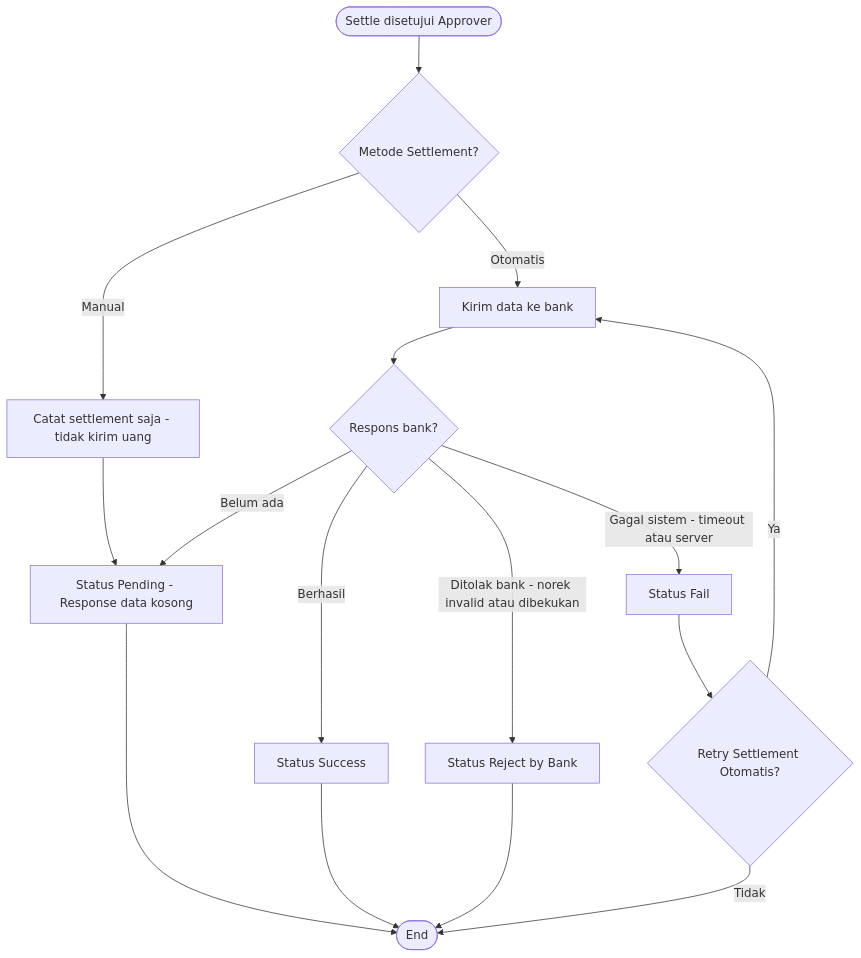
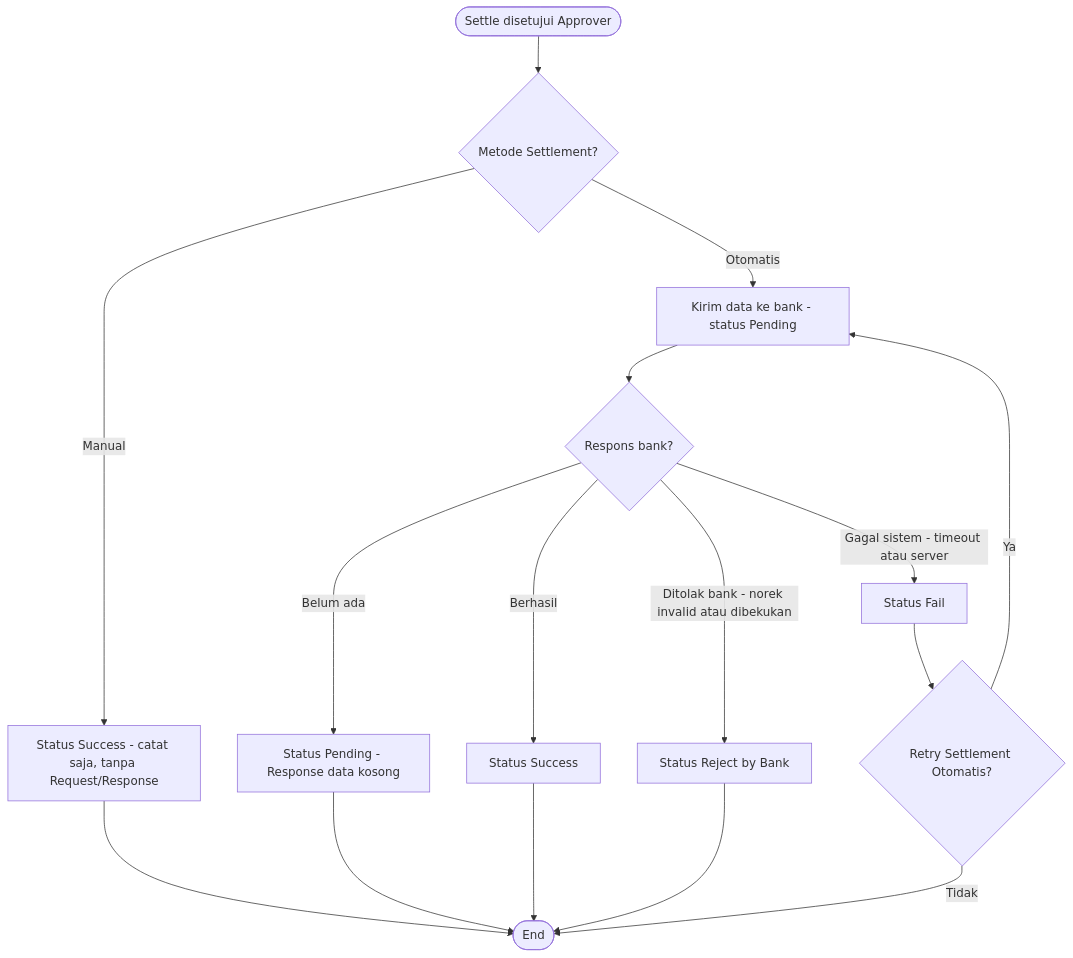
The sixth of 9 diagrams in FLOW-AUTO-SETTLEMENT.md (paydia-product/mockup-auto-recon), drawn with Mermaid before and after one commit. The commit also changed other lines of this file and 4 other files, not shown here.

First line of the commit message:
Docs: align Auto Settlement flow + Panduan with Manual->Success behavior

````diff
--- a/FLOW-AUTO-SETTLEMENT.md
+++ b/FLOW-AUTO-SETTLEMENT.md
@@ -200,18 +200,18 @@
 ```mermaid
 flowchart TD
     A([Settle disetujui Approver]) --> B{Metode Settlement?}
-    B -->|Manual| M[Catat settlement saja - tidak kirim uang]
-    B -->|Otomatis| K[Kirim data ke bank]
-    M --> P[Status Pending - Response data kosong]
+    B -->|Manual| M[Status Success - catat saja, tanpa Request/Response]
+    B -->|Otomatis| K[Kirim data ke bank - status Pending]
+    M --> Z([End])
     K --> C{Respons bank?}
-    C -->|Belum ada| P
+    C -->|Belum ada| P[Status Pending - Response data kosong]
     C -->|Berhasil| SU[Status Success]
     C -->|Gagal sistem - timeout atau server| FA[Status Fail]
     C -->|Ditolak bank - norek invalid atau dibekukan| RB[Status Reject by Bank]
-    P --> Z([End])
+    P --> Z
     SU --> Z
     RB --> Z
     FA --> D{Retry Settlement Otomatis?}
     D -->|Ya| K
     D -->|Tidak| Z
 ```
````
